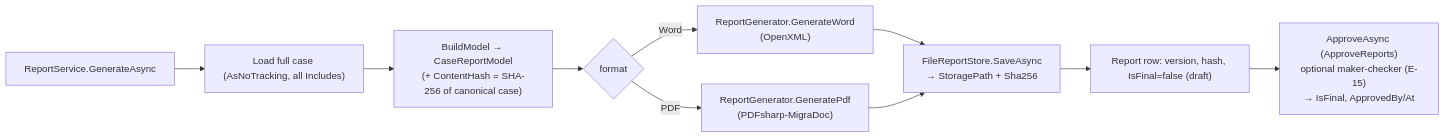
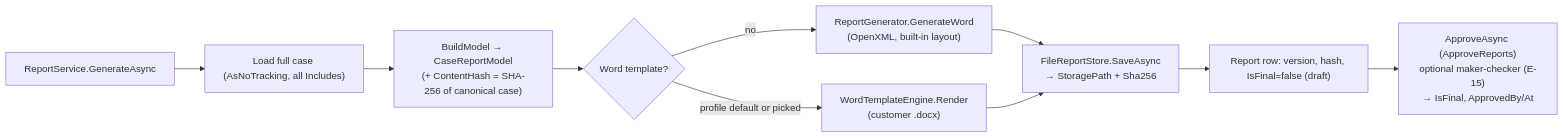
Before and after one commit to jashley92/CaseBook: the tenth of 10 diagrams in docs/ARCHITECTURE.md, drawn with Mermaid. The commit also changed other lines of this file and 22 other files, not shown here.

````diff
--- a/docs/ARCHITECTURE.md
+++ b/docs/ARCHITECTURE.md
@@ -576,12 +576,12 @@
 ```mermaid
 flowchart LR
     Gen["ReportService.GenerateAsync"] --> Load["Load full case (AsNoTracking, all Includes)"]
     Load --> Model["BuildModel → CaseReportModel<br/>(+ ContentHash = SHA-256 of canonical case)"]
-    Model --> Fmt{"format"}
-    Fmt -- "Word" --> DOCX["ReportGenerator.GenerateWord<br/>(OpenXML)"]
-    Fmt -- "PDF" --> PDF["ReportGenerator.GeneratePdf<br/>(PDFsharp-MigraDoc)"]
+    Model --> Tpl{"Word template?"}
+    Tpl -- "no" --> DOCX["ReportGenerator.GenerateWord<br/>(OpenXML, built-in layout)"]
+    Tpl -- "profile default or picked" --> TPL["WordTemplateEngine.Render<br/>(customer .docx)"]
     DOCX --> Store["FileReportStore.SaveAsync<br/>→ StoragePath + Sha256"]
-    PDF --> Store
+    TPL --> Store
     Store --> Rec["Report row: version, hash, IsFinal=false (draft)"]
     Rec --> Approve["ApproveAsync (ApproveReports)<br/>optional maker-checker (E-15)<br/>→ IsFinal, ApprovedBy/At"]
 ```
````
